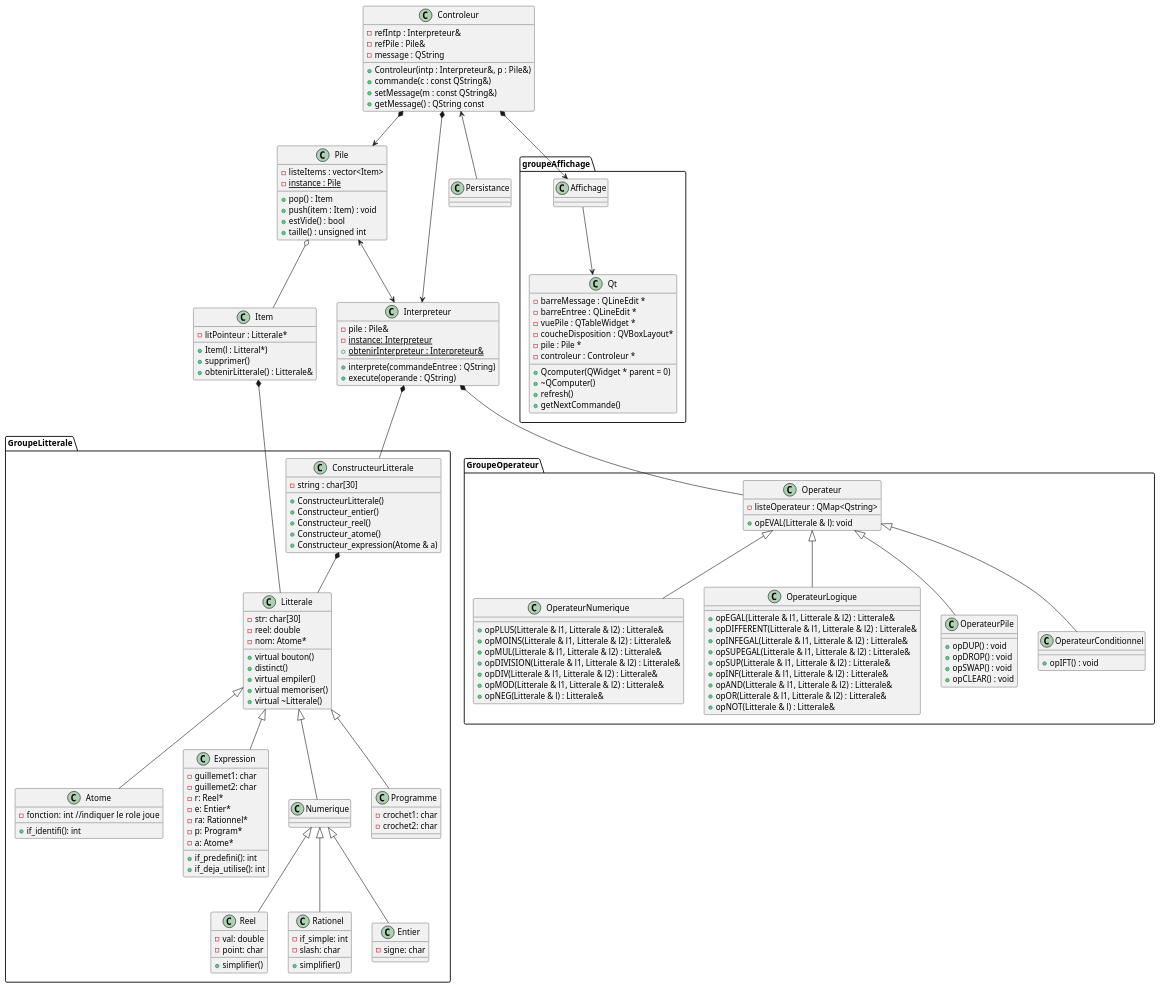
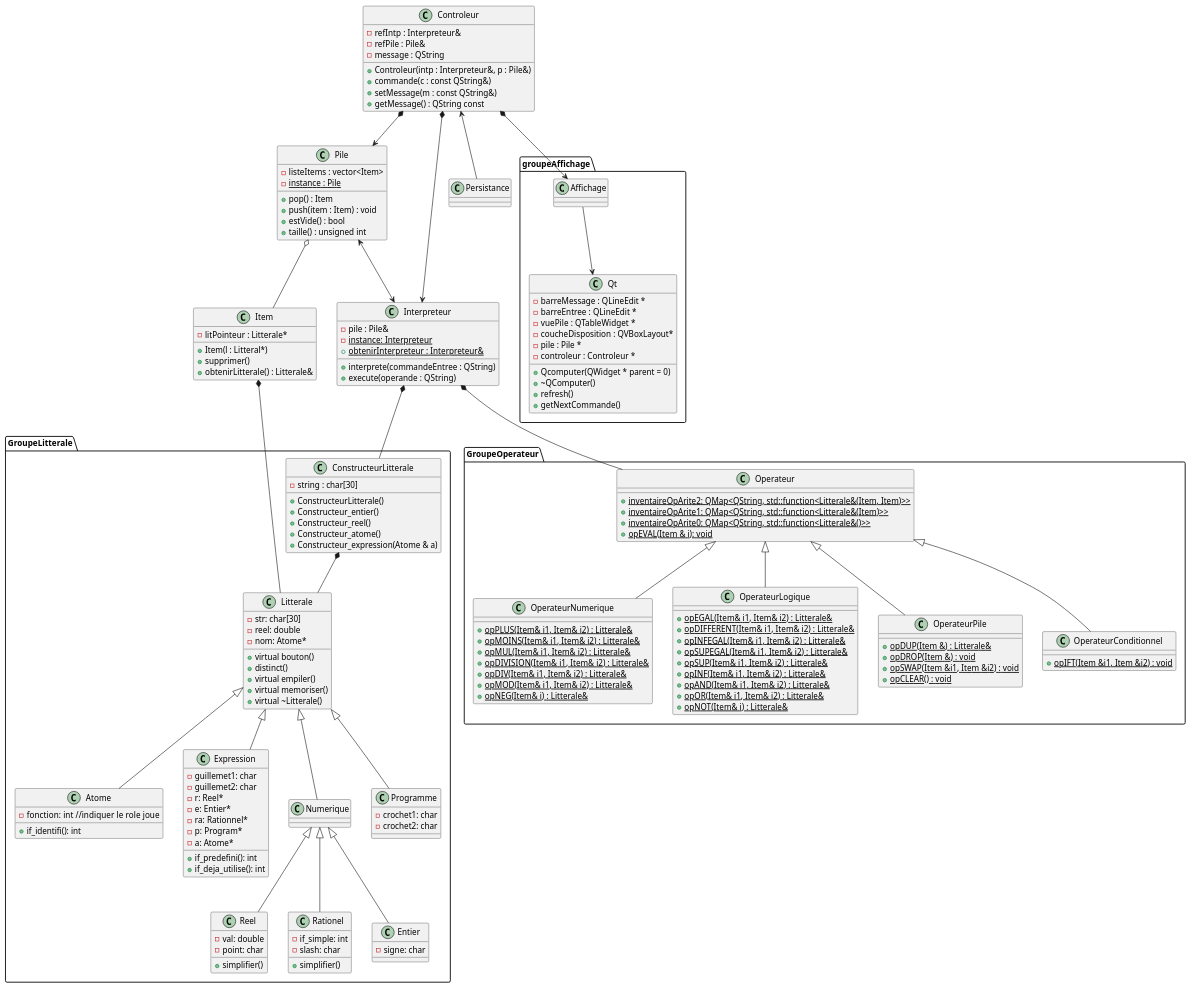
The diagram in UML.puml (LouisJeanneau/LO21-Projet-CompUT), drawn with PlantUML before and after one commit. The commit also changed 1 other file, not shown here.

Commit message:
Modif UML Ismail

```diff
--- a/UML.puml
+++ b/UML.puml
@@ -86,43 +86,45 @@
 package "GroupeOperateur" {
 
 Class Operateur{
-    -listeOperateur : QMap<Qstring>
-    +opEVAL(Litterale & l): void
+    +{static} inventaireOpArite2: QMap<QString, std::function<Litterale&(Item, Item)>>
+    +{static} inventaireOpArite1: QMap<QString, std::function<Litterale&(Item)>>
+    +{static} inventaireOpArite0: QMap<QString, std::function<Litterale&()>>
+    +{static}opEVAL(Item & i): void
 }
 
 Class OperateurNumerique {
-    +opPLUS(Litterale & l1, Litterale & l2) : Litterale&
-    +opMOINS(Litterale & l1, Litterale & l2) : Litterale&
-    +opMUL(Litterale & l1, Litterale & l2) : Litterale&
-    +opDIVISION(Litterale & l1, Litterale & l2) : Litterale&
-    +opDIV(Litterale & l1, Litterale & l2) : Litterale&
-    +opMOD(Litterale & l1, Litterale & l2) : Litterale&
-    +opNEG(Litterale & l) : Litterale&
+    +{static}opPLUS(Item& i1, Item& i2) : Litterale&
+    +{static}opMOINS(Item& i1, Item& i2) : Litterale&
+    +{static}opMUL(Item& i1, Item& i2) : Litterale&
+    +{static}opDIVISION(Item& i1, Item& i2) : Litterale&
+    +{static}opDIV(Item& i1, Item& i2) : Litterale&
+    +{static}opMOD(Item& i1, Item& i2) : Litterale&
+    +{static}opNEG(Item& i) : Litterale&
 }
 
 Class OperateurLogique {
-    +opEGAL(Litterale & l1, Litterale & l2) : Litterale&
-    +opDIFFERENT(Litterale & l1, Litterale & l2) : Litterale&
-    +opINFEGAL(Litterale & l1, Litterale & l2) : Litterale&
-    +opSUPEGAL(Litterale & l1, Litterale & l2) : Litterale&
-    +opSUP(Litterale & l1, Litterale & l2) : Litterale&
-    +opINF(Litterale & l1, Litterale & l2) : Litterale&
-    +opAND(Litterale & l1, Litterale & l2) : Litterale&
-    +opOR(Litterale & l1, Litterale & l2) : Litterale&
-    +opNOT(Litterale & l) : Litterale&
+    +{static}opEGAL(Item& i1, Item& i2) : Litterale&
+    +{static}opDIFFERENT(Item& i1, Item& i2) : Litterale&
+    +{static}opINFEGAL(Item& i1, Item& i2) : Litterale&
+    +{static}opSUPEGAL(Item& i1, Item& i2) : Litterale&
+    +{static}opSUP(Item& i1, Item& i2) : Litterale&
+    +{static}opINF(Item& i1, Item& i2) : Litterale&
+    +{static}opAND(Item& i1, Item& i2) : Litterale&
+    +{static}opOR(Item& i1, Item& i2) : Litterale&
+    +{static}opNOT(Item& i) : Litterale&
 
 
 }
 
 Class OperateurPile {
-    +opDUP() : void
-    +opDROP() : void
-    +opSWAP() : void 
-    +opCLEAR() : void
+    +{static}opDUP(Item &) : Litterale&
+    +{static}opDROP(Item &) : void
+    +{static}opSWAP(Item &i1, Item &i2) : void
+    +{static}opCLEAR() : void
 }
 
 Class OperateurConditionnel {
-    +opIFT() : void
+    +{static}opIFT(Item &i1, Item &i2) : void
 }
 
 
```
